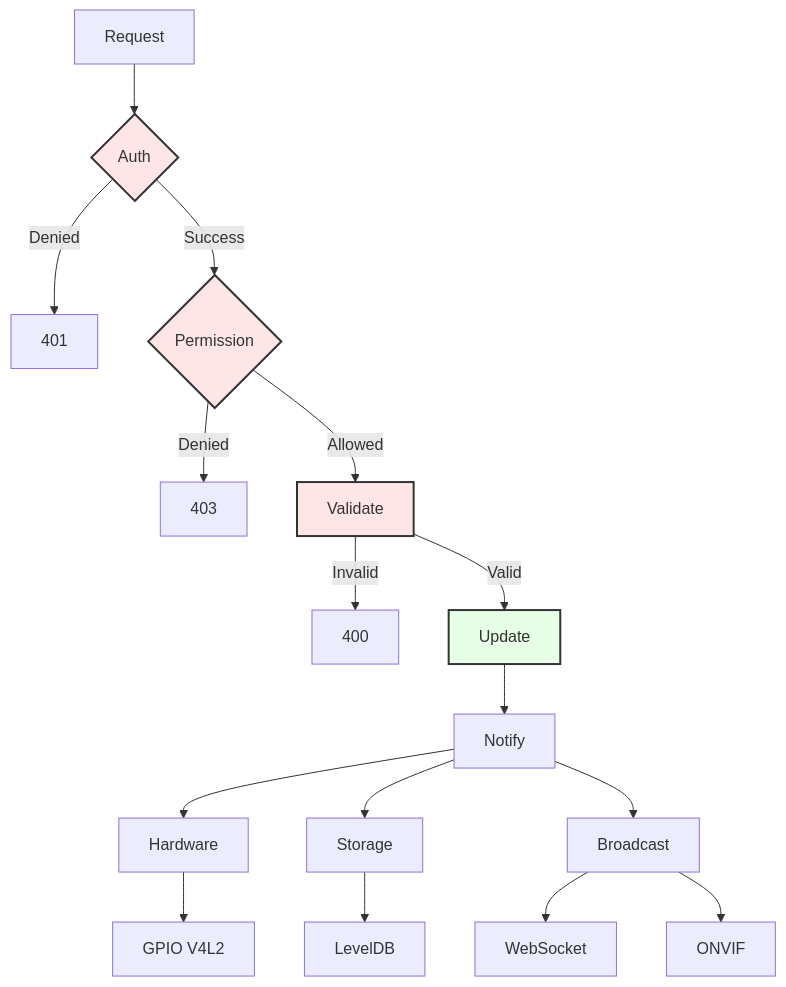
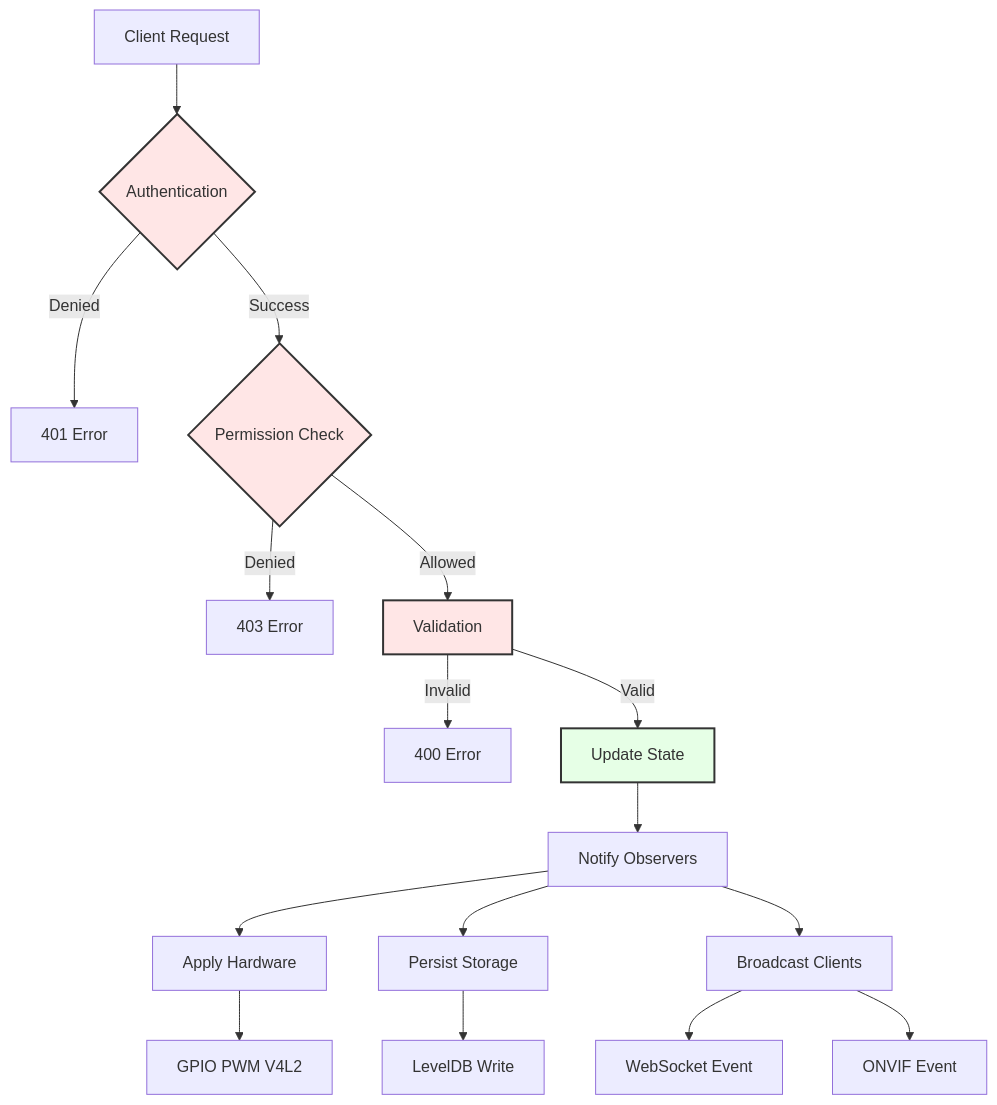
The sixth of 9 diagrams in docs/architecture/overview.md (JayeshKakkad-Rotoclear/Rotoclear-C-Pro-Docs), drawn with Mermaid before and after one commit. The commit also changed other lines of this file and 12 other files, not shown here.

Commit message:
Fix all Mermaid diagrams with proper complete labels - Fixed text bundling issues by using proper full labels - Removed overly abbreviated text that caused code formatting - All node labels now properly display without being truncated - Maintained readability while ensuring proper Mermaid parsing

````diff
--- a/docs/architecture/overview.md
+++ b/docs/architecture/overview.md
@@ -507,26 +511,26 @@
 ```mermaid
 graph TB
-    A[Request] --> B{Auth}
-    B -->|Denied| Z[401]
-    B -->|Success| C{Permission}
-    C -->|Denied| Y[403]
-    C -->|Allowed| D[Validate]
-    D -->|Invalid| X[400]
-    D -->|Valid| E[Update]
+    A[Client Request] --> B{Authentication}
+    B -->|Denied| Z[401 Error]
+    B -->|Success| C{Permission Check}
+    C -->|Denied| Y[403 Error]
+    C -->|Allowed| D[Validation]
+    D -->|Invalid| X[400 Error]
+    D -->|Valid| E[Update State]
     
-    E --> F[Notify]
+    E --> F[Notify Observers]
     
-    F --> G[Hardware]
-    F --> H[Storage]
-    F --> I[Broadcast]
+    F --> G[Apply Hardware]
+    F --> H[Persist Storage]
+    F --> I[Broadcast Clients]
     
-    G --> L[GPIO V4L2]
-    H --> M[LevelDB]
-    I --> J[WebSocket]
-    I --> K[ONVIF]
+    G --> L[GPIO PWM V4L2]
+    H --> M[LevelDB Write]
+    I --> J[WebSocket Event]
+    I --> K[ONVIF Event]
     
     style B fill:#ffe6e6,stroke:#333,stroke-width:2px
     style C fill:#ffe6e6,stroke:#333,stroke-width:2px
     style D fill:#ffe6e6,stroke:#333,stroke-width:2px
     style E fill:#e6ffe6,stroke:#333,stroke-width:2px
 ```
````
